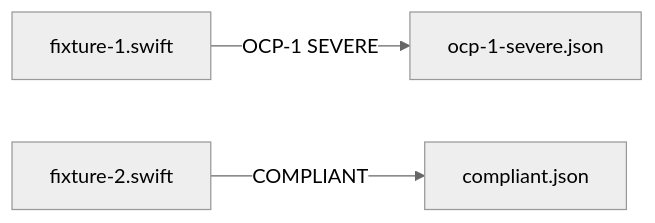
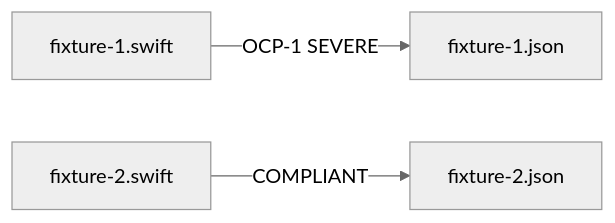
Before and after one commit to Swift-Gurus/solid-coder: the diagram in .claude/specs/SPEC-001-solid-coder/features/SPEC-013-principle-review-test-harness/subtasks/SPEC-016-ocp-fixtures/Spec.md, drawn with Mermaid (neutral theme). The commit also changed other lines of this file and 687 other files, not shown here.

````diff
--- a/.claude/specs/SPEC-001-solid-coder/features/SPEC-013-principle-review-test-harness/subtasks/SPEC-016-ocp-fixtures/Spec.md
+++ b/.claude/specs/SPEC-001-solid-coder/features/SPEC-013-principle-review-test-harness/subtasks/SPEC-016-ocp-fixtures/Spec.md
@@ -51,5 +51,5 @@
 ```mermaid
 graph LR
-    F1[fixture-1.swift] -->|OCP-1 SEVERE| E1[ocp-1-severe.json]
-    F2[fixture-2.swift] -->|COMPLIANT| E2[compliant.json]
+    F1[fixture-1.swift] -->|OCP-1 SEVERE| E1[fixture-1.json]
+    F2[fixture-2.swift] -->|COMPLIANT| E2[fixture-2.json]
 ```
````
